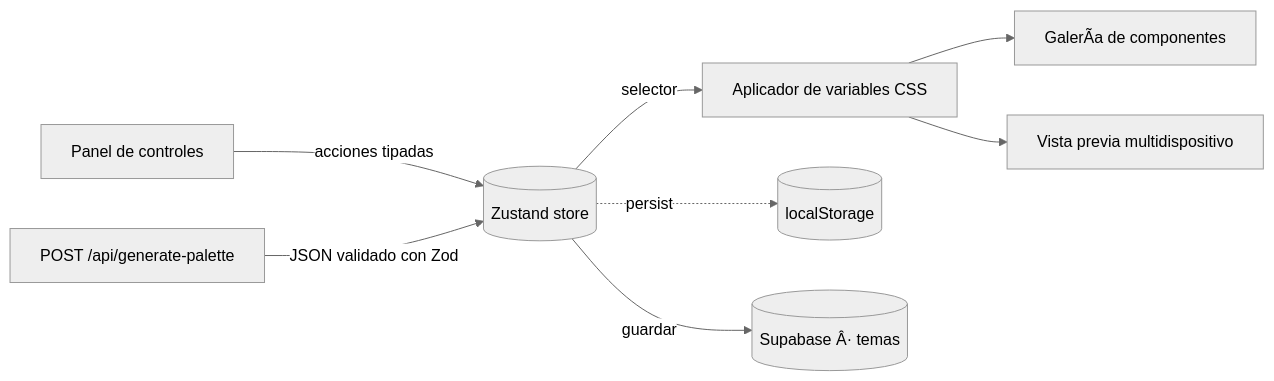
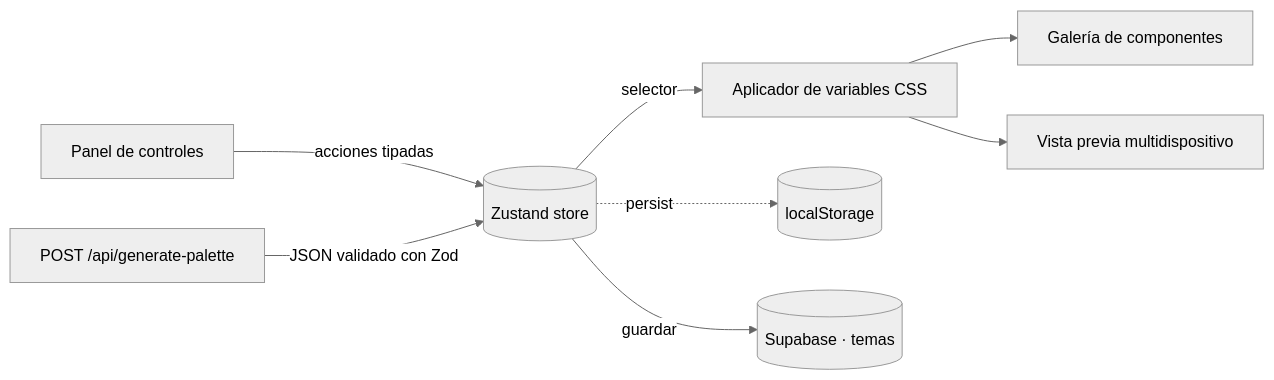
Before and after one commit to DanielCB096/theme-studio: the diagram in README.md, drawn with Mermaid (neutral theme). The commit also changed other lines of this file and 3 other files, not shown here.

````diff
--- a/README.md
+++ b/README.md
@@ -53,10 +57,10 @@
 ```mermaid
 flowchart LR
   UI[Panel de controles] -->|acciones tipadas| Store[(Zustand store)]
   Store -->|selector| Vars[Aplicador de variables CSS]
-  Vars --> Gallery[GalerÃ­a de componentes]
+  Vars --> Gallery[Galería de componentes]
   Vars --> Preview[Vista previa multidispositivo]
   Store -.->|persist| LS[(localStorage)]
-  Store -->|guardar| SB[(Supabase Â· temas)]
+  Store -->|guardar| SB[(Supabase · temas)]
   API[POST /api/generate-palette] -->|JSON validado con Zod| Store
 ```
````
